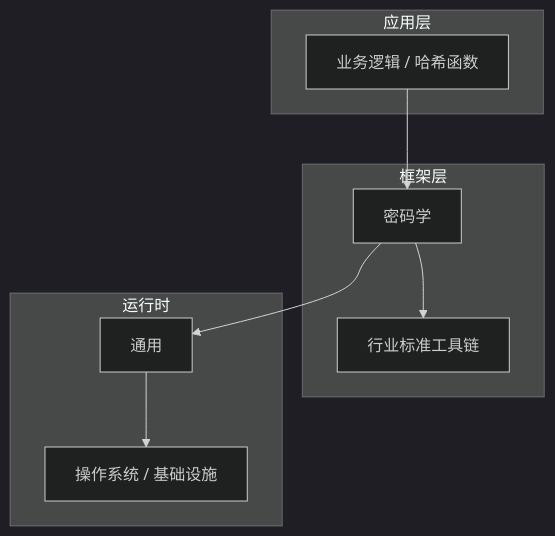
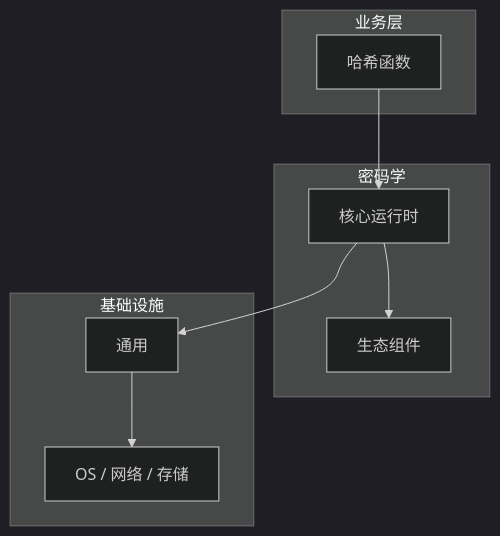
One commit to yanggan2015/knowledge-json-v2 changed the diagram in articles/密码学/chapters/036-哈希函数核心概念与原理.md. Above: the diagram before and after it, drawn with Mermaid (dark theme). The commit also changed other lines of this file and 10127 other files, not shown here.

````diff
--- a/articles/密码学/chapters/036-哈希函数核心概念与原理.md
+++ b/articles/密码学/chapters/036-哈希函数核心概念与原理.md
@@ -46,18 +31,18 @@
 ```mermaid
 graph TB
-    subgraph 应用层
-        A[业务逻辑 / 哈希函数]
+    subgraph 业务层
+        A[哈希函数]
     end
-    subgraph 框架层
-        B[密码学]
-        C[行业标准工具链]
+    subgraph 密码学
+        B[核心运行时]
+        C[生态组件]
     end
-    subgraph 运行时
+    subgraph 基础设施
         D[通用]
-        E[操作系统 / 基础设施]
+        E[OS / 网络 / 存储]
     end
     A --> B
     B --> C
     B --> D
     D --> E
 ```
````
